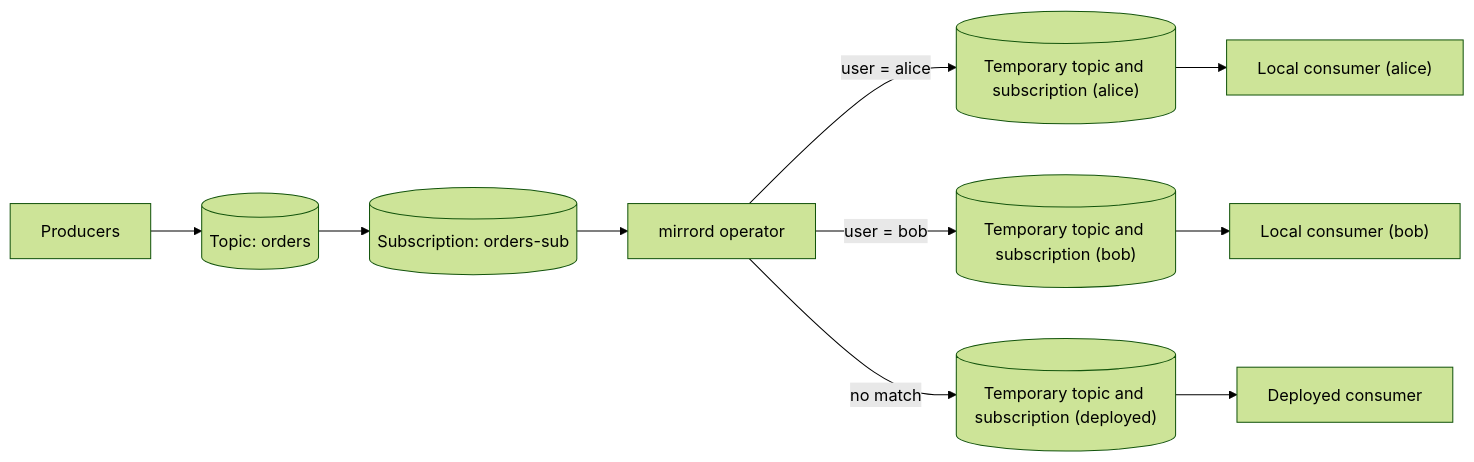
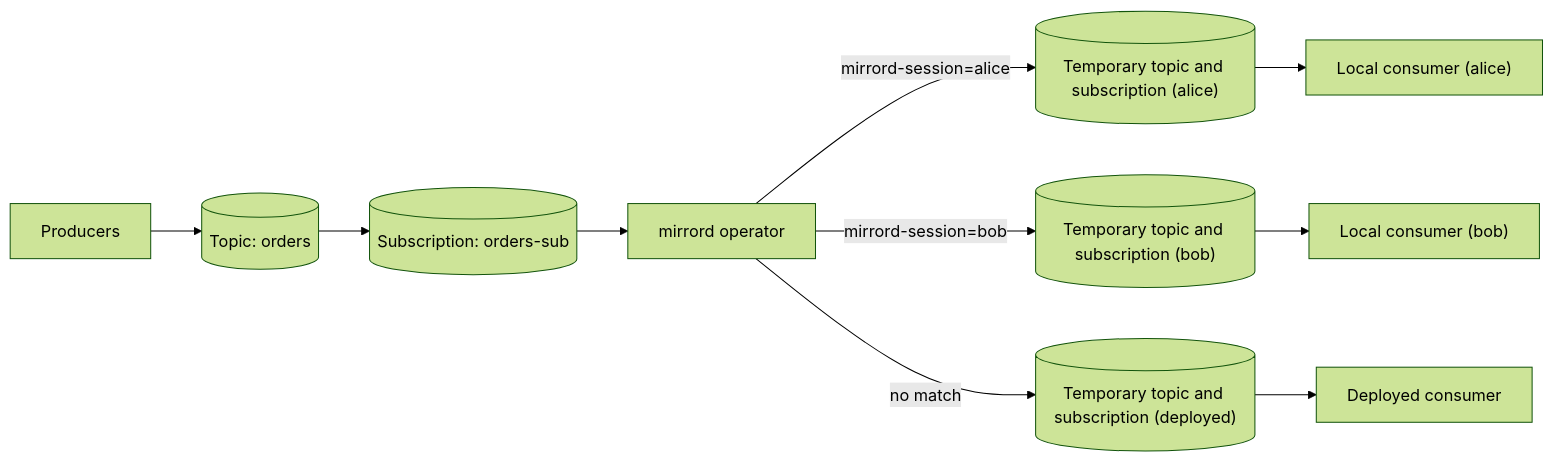
The diagram in docs/tutorials/queues/how-to-test-gcp-pubsub-consumers.md (metalbear-co/docs), drawn with Mermaid (forest theme) before and after one commit. The commit also changed other lines of this file and 7 other files, not shown here.

````diff
--- a/docs/tutorials/queues/how-to-test-gcp-pubsub-consumers.md
+++ b/docs/tutorials/queues/how-to-test-gcp-pubsub-consumers.md
@@ -488,12 +462,12 @@
 ```mermaid
 flowchart LR
     P["Producers"] --> T[("Topic: orders")]
     T --> S[("Subscription: orders-sub")]
     S --> O["mirrord operator"]
-    O -- "user = alice" --> TA[("Temporary topic and subscription (alice)")]
-    O -- "user = bob" --> TB[("Temporary topic and subscription (bob)")]
+    O -- "mirrord-session=alice" --> TA[("Temporary topic and subscription (alice)")]
+    O -- "mirrord-session=bob" --> TB[("Temporary topic and subscription (bob)")]
     O -- "no match" --> TD[("Temporary topic and subscription (deployed)")]
     TA --> LA["Local consumer (alice)"]
     TB --> LB["Local consumer (bob)"]
     TD --> D["Deployed consumer"]
 ```
````
